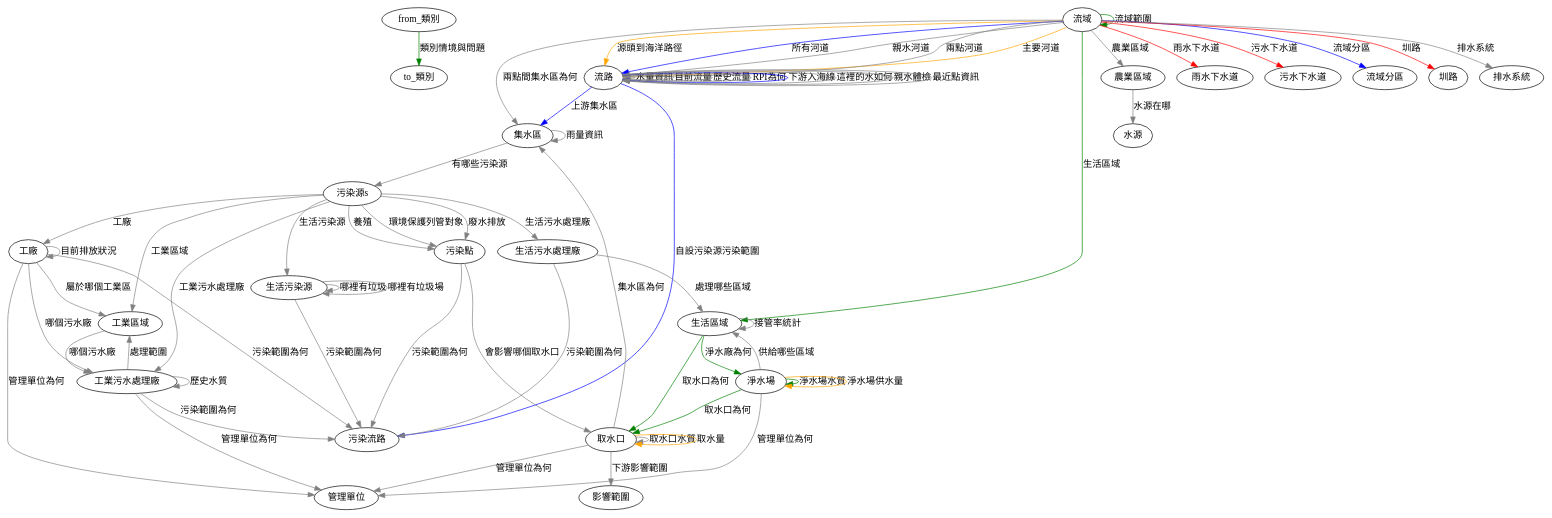
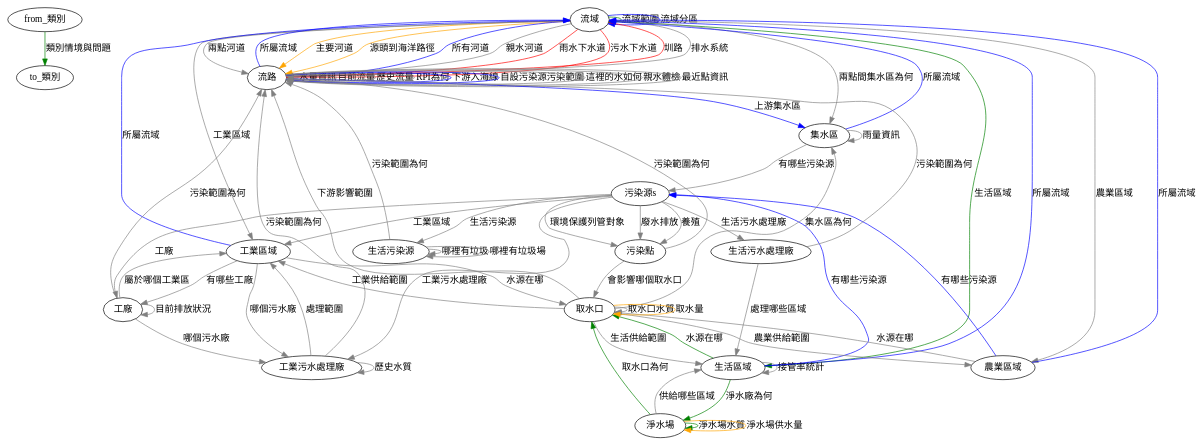
The diagram in tools/TopoTextToDot/output.dot (aga3134/SourcingWater), drawn with Graphviz before and after one commit. The commit also changed 11 other files, not shown here.

```diff
--- a/tools/TopoTextToDot/output.dot
+++ b/tools/TopoTextToDot/output.dot
@@ -1,68 +1,77 @@
 digraph G {
 	"from_類別"->"to_類別"[label="類別情境與問題",color="green",style=""]
 	"流域"->"流域"[label="流域範圍",color="green",style=""]
 	"流域"->"流路"[label="主要河道",color="orange",style=""]
 	"流域"->"流路"[label="源頭到海洋路徑",color="orange",style=""]
 	"流域"->"流路"[label="所有河道",color="blue",style=""]
 	"流域"->"流路"[label="親水河道",color="gray",style=""]
 	"流域"->"生活區域"[label="生活區域",color="green",style=""]
 	"流域"->"農業區域"[label="農業區域",color="gray",style=""]
-	"流域"->"雨水下水道"[label="雨水下水道",color="red",style=""]
-	"流域"->"污水下水道"[label="污水下水道",color="red",style=""]
-	"流域"->"流域分區"[label="流域分區",color="blue",style=""]
-	"流域"->"圳路"[label="圳路",color="red",style=""]
-	"流域"->"排水系統"[label="排水系統",color="gray",style=""]
+	"流域"->"工業區域"[label="工業區域",color="gray",style=""]
+	"流域"->"流路"[label="雨水下水道",color="red",style=""]
+	"流域"->"流路"[label="污水下水道",color="red",style=""]
+	"流域"->"流域"[label="流域分區",color="blue",style=""]
+	"流域"->"流路"[label="圳路",color="red",style=""]
+	"流域"->"流路"[label="排水系統",color="gray",style=""]
 	"流域"->"流路"[label="兩點河道",color="gray",style=""]
 	"流域"->"集水區"[label="兩點間集水區為何",color="gray",style=""]
 	"流路"->"流路"[label="水量資訊",color="gray",style=""]
 	"流路"->"流路"[label="目前流量",color="gray",style=""]
 	"流路"->"流路"[label="歷史流量",color="gray",style=""]
 	"流路"->"流路"[label="RPI為何",color="gray",style=""]
 	"流路"->"集水區"[label="上游集水區",color="blue",style=""]
 	"流路"->"流路"[label="下游入海線",color="blue",style=""]
-	"流路"->"污染流路"[label="自設污染源污染範圍",color="blue",style=""]
+	"流路"->"流路"[label="自設污染源污染範圍",color="blue",style=""]
 	"流路"->"流路"[label="這裡的水如何",color="gray",style=""]
 	"流路"->"流路"[label="親水體檢",color="gray",style=""]
 	"流路"->"流路"[label="最近點資訊",color="gray",style=""]
-	"生活區域"->"取水口"[label="取水口為何",color="green",style=""]
+	"流路"->"流域"[label="所屬流域",color="blue",style=""]
+	"生活區域"->"取水口"[label="水源在哪",color="green",style=""]
 	"生活區域"->"生活區域"[label="接管率統計",color="gray",style=""]
 	"生活區域"->"淨水場"[label="淨水廠為何",color="green",style=""]
-	"農業區域"->"水源"[label="水源在哪",color="gray",style=""]
-	"取水口"->"影響範圍"[label="下游影響範圍",color="gray",style=""]
+	"生活區域"->"污染源s"[label="有哪些污染源",color="blue",style=""]
+	"生活區域"->"流域"[label="所屬流域",color="blue",style=""]
+	"農業區域"->"取水口"[label="水源在哪",color="gray",style=""]
+	"農業區域"->"流域"[label="所屬流域",color="blue",style=""]
+	"農業區域"->"污染源s"[label="有哪些污染源",color="blue",style=""]
+	"取水口"->"流路"[label="下游影響範圍",color="gray",style=""]
 	"取水口"->"取水口"[label="取水口水質",color="gray",style=""]
 	"取水口"->"取水口"[label="取水量",color="orange",style=""]
 	"取水口"->"集水區"[label="集水區為何",color="gray",style=""]
-	"取水口"->"管理單位"[label="管理單位為何",color="gray",style=""]
+	"取水口"->"生活區域"[label="生活供給範圍",color="gray",style=""]
+	"取水口"->"農業區域"[label="農業供給範圍",color="gray",style=""]
+	"取水口"->"工業區域"[label="工業供給範圍",color="gray",style=""]
 	"淨水場"->"生活區域"[label="供給哪些區域",color="gray",style=""]
 	"淨水場"->"取水口"[label="取水口為何",color="green",style=""]
 	"淨水場"->"淨水場"[label="淨水場水質",color="green",style=""]
 	"淨水場"->"淨水場"[label="淨水場供水量",color="orange",style=""]
-	"淨水場"->"管理單位"[label="管理單位為何",color="gray",style=""]
 	"集水區"->"污染源s"[label="有哪些污染源",color="gray",style=""]
 	"集水區"->"集水區"[label="雨量資訊",color="gray",style=""]
+	"集水區"->"流域"[label="所屬流域",color="blue",style=""]
 	"污染源s"->"工廠"[label="工廠",color="gray",style=""]
 	"污染源s"->"工業區域"[label="工業區域",color="gray",style=""]
 	"污染源s"->"生活污染源"[label="生活污染源",color="gray",style=""]
 	"污染源s"->"工業污水處理廠"[label="工業污水處理廠",color="gray",style=""]
 	"污染源s"->"生活污水處理廠"[label="生活污水處理廠",color="gray",style=""]
 	"污染源s"->"污染點"[label="環境保護列管對象",color="gray",style=""]
 	"污染源s"->"污染點"[label="廢水排放",color="gray",style=""]
 	"污染源s"->"污染點"[label="養殖",color="gray",style=""]
 	"工廠"->"工廠"[label="目前排放狀況",color="gray",style=""]
-	"工廠"->"污染流路"[label="污染範圍為何",color="gray",style=""]
+	"工廠"->"流路"[label="污染範圍為何",color="gray",style=""]
 	"工廠"->"工業污水處理廠"[label="哪個污水廠",color="gray",style=""]
-	"工廠"->"管理單位"[label="管理單位為何",color="gray",style=""]
 	"工廠"->"工業區域"[label="屬於哪個工業區",color="gray",style=""]
 	"工業區域"->"工業污水處理廠"[label="哪個污水廠",color="gray",style=""]
-	"生活污染源"->"污染流路"[label="污染範圍為何",color="gray",style=""]
+	"工業區域"->"工廠"[label="有哪些工廠",color="gray",style=""]
+	"工業區域"->"取水口"[label="水源在哪",color="gray",style=""]
+	"工業區域"->"流域"[label="所屬流域",color="blue",style=""]
+	"生活污染源"->"流路"[label="污染範圍為何",color="gray",style=""]
 	"生活污染源"->"生活污染源"[label="哪裡有垃圾",color="gray",style=""]
 	"生活污染源"->"生活污染源"[label="哪裡有垃圾場",color="gray",style=""]
-	"工業污水處理廠"->"污染流路"[label="污染範圍為何",color="gray",style=""]
+	"工業污水處理廠"->"流路"[label="污染範圍為何",color="gray",style=""]
 	"工業污水處理廠"->"工業區域"[label="處理範圍",color="gray",style=""]
-	"工業污水處理廠"->"管理單位"[label="管理單位為何",color="gray",style=""]
 	"工業污水處理廠"->"工業污水處理廠"[label="歷史水質",color="gray",style=""]
-	"生活污水處理廠"->"污染流路"[label="污染範圍為何",color="gray",style=""]
+	"生活污水處理廠"->"流路"[label="污染範圍為何",color="gray",style=""]
 	"生活污水處理廠"->"生活區域"[label="處理哪些區域",color="gray",style=""]
-	"污染點"->"污染流路"[label="污染範圍為何",color="gray",style=""]
+	"污染點"->"流路"[label="污染範圍為何",color="gray",style=""]
 	"污染點"->"取水口"[label="會影響哪個取水口",color="gray",style=""]
 }
```
